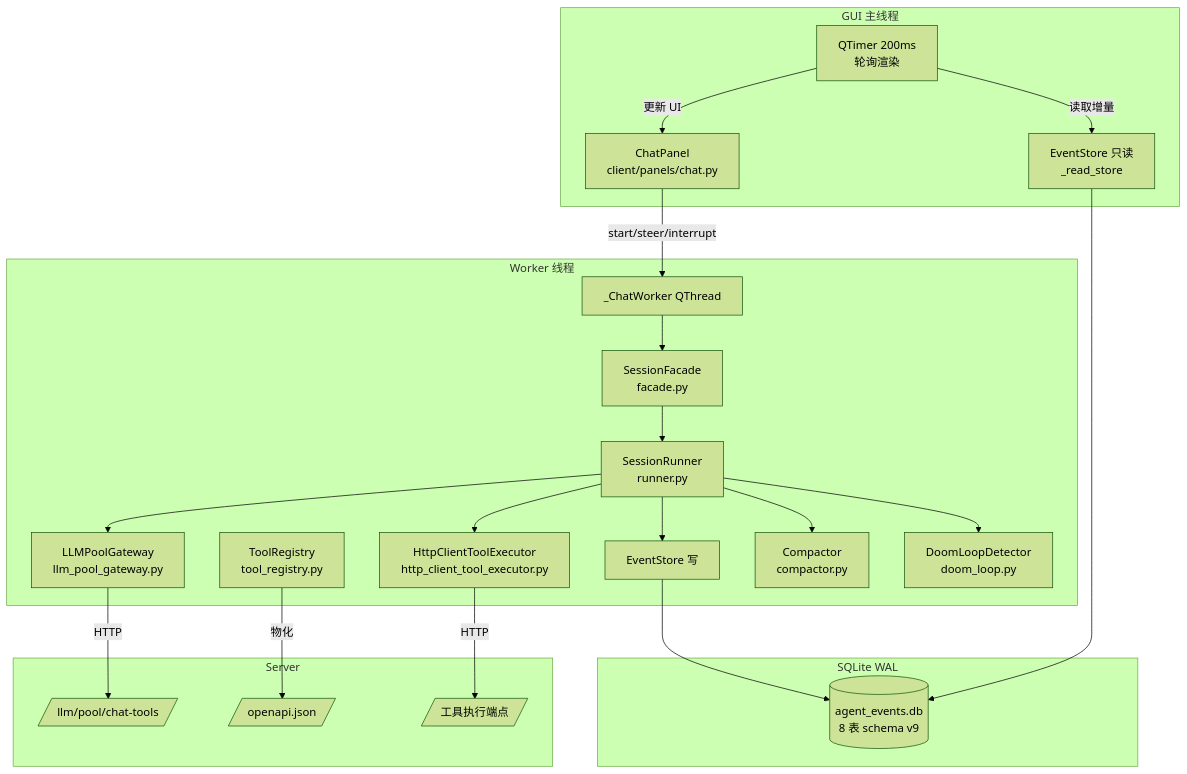
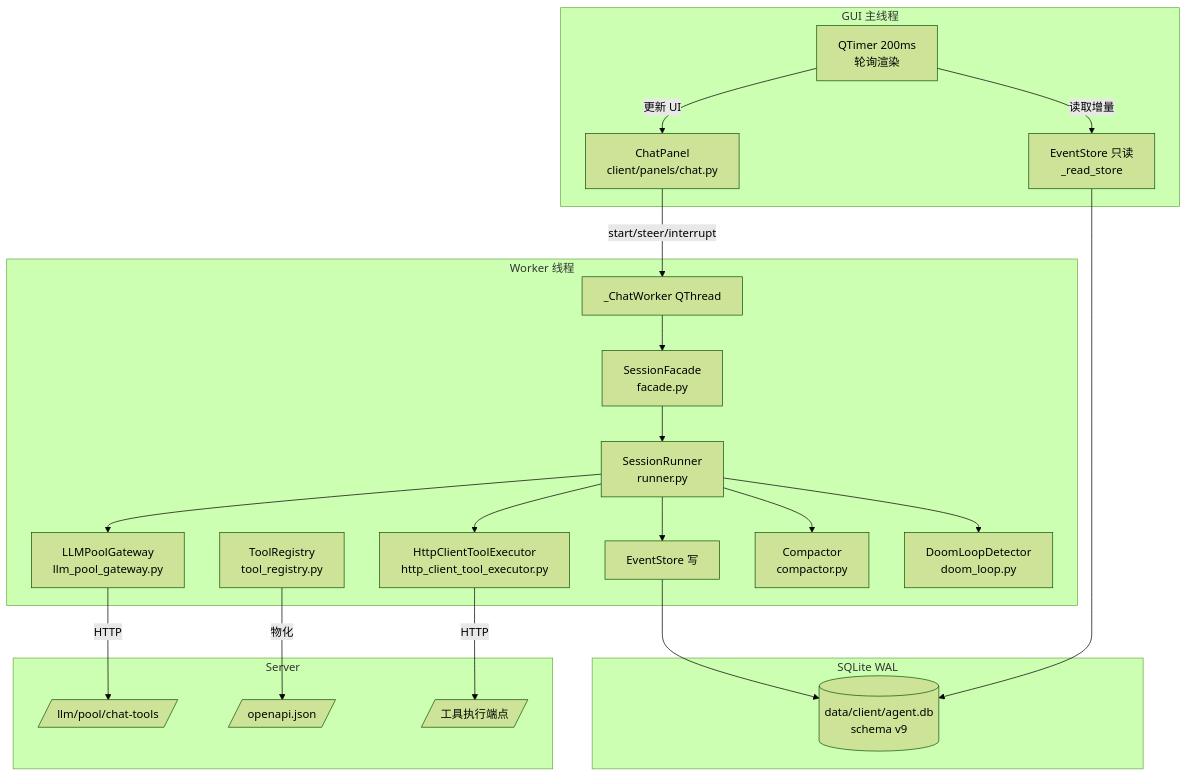
The diagram in docs/chat-engine.md (Stargazed-Dreamer/localAgent-public), drawn with Mermaid (forest theme) before and after one commit. The commit also changed other lines of this file and 161 other files, not shown here.

````diff
--- a/docs/chat-engine.md
+++ b/docs/chat-engine.md
@@ -217,46 +215,46 @@
 ```mermaid
 flowchart TB
     subgraph "GUI 主线程"
         ChatPanel[ChatPanel<br/>client/panels/chat.py]
         ReadStore[EventStore 只读<br/>_read_store]
         PollTimer[QTimer 200ms<br/>轮询渲染]
     end
 
     subgraph "Worker 线程"
         ChatWorker[_ChatWorker QThread]
         Facade[SessionFacade<br/>facade.py]
         Runner[SessionRunner<br/>runner.py]
         WriteStore[EventStore 写]
         LLMGateway[LLMPoolGateway<br/>llm_pool_gateway.py]
         ToolRegistry[ToolRegistry<br/>tool_registry.py]
         ToolExecutor[HttpClientToolExecutor<br/>http_client_tool_executor.py]
         Compactor[Compactor<br/>compactor.py]
         DoomLoop[DoomLoopDetector<br/>doom_loop.py]
     end
 
     subgraph "SQLite WAL"
-        DB[(agent_events.db<br/>8 表 schema v9)]
+        DB[(data/client/agent.db<br/>schema v9)]
     end
 
     subgraph "Server"
         LLMPool[/llm/pool/chat-tools/]
         OpenAPI[/openapi.json/]
         ToolEndpoints[/工具执行端点/]
     end
 
     ChatPanel -->|start/steer/interrupt| ChatWorker
     ChatWorker --> Facade
     Facade --> Runner
     Runner --> LLMGateway
     Runner --> ToolExecutor
     Runner --> Compactor
     Runner --> DoomLoop
     Runner --> WriteStore
     LLMGateway -->|HTTP| LLMPool
     ToolRegistry -->|物化| OpenAPI
     ToolExecutor -->|HTTP| ToolEndpoints
     WriteStore --> DB
     ReadStore --> DB
     PollTimer -->|读取增量| ReadStore
     PollTimer -->|更新 UI| ChatPanel
 ```
````
